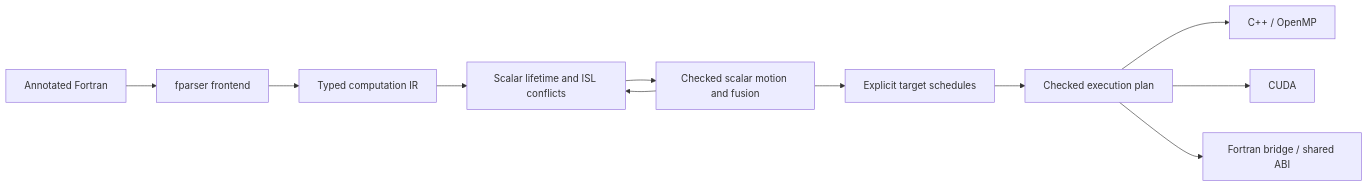
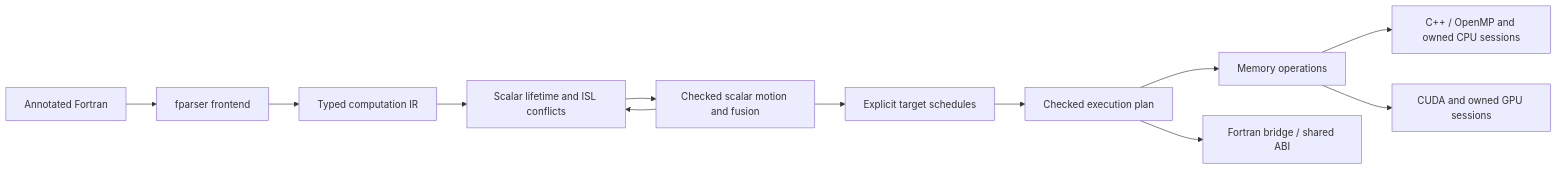
One commit to jiriklepl/fortran-to-cuda changed the diagram in compiler/README.md. Above: the diagram before and after it, drawn with Mermaid. The commit also changed other lines of this file and 12 other files, not shown here.

Commit message:
add persistent sessions and memory-plan emission

````diff
--- a/compiler/README.md
+++ b/compiler/README.md
@@ -7,13 +7,14 @@
 ```mermaid
 flowchart LR
     F[Annotated Fortran] --> P[fparser frontend]
     P --> I[Typed computation IR]
     I --> A[Scalar lifetime and ISL conflicts]
     A --> T[Checked scalar motion and fusion]
     T --> A
     T --> S[Explicit target schedules]
     S --> E[Checked execution plan]
-    E --> C[C++ / OpenMP]
-    E --> G[CUDA]
+    E --> M[Memory operations]
+    M --> C[C++ / OpenMP and owned CPU sessions]
+    M --> G[CUDA and owned GPU sessions]
     E --> B[Fortran bridge / shared ABI]
 ```
````
